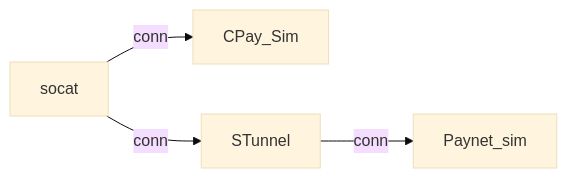
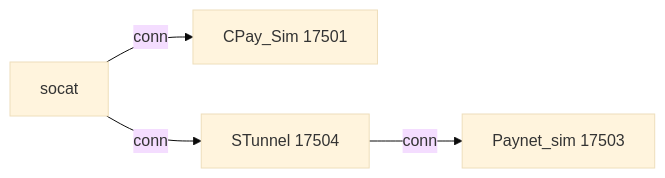
The diagram in readme.md (haimiyahya/cardpay_tls1.2), drawn with Mermaid (base theme) before and after one commit. The commit also changed other lines of this file, not shown here.

Commit message:
add stunnel config and socat command

````diff
--- a/readme.md
+++ b/readme.md
@@ -99,6 +112,6 @@
 ```mermaid
 flowchart LR
-    A[socat] --conn-->B[CPay_Sim]
-    A --conn--> C[STunnel] --conn--> D[Paynet_sim]
+    A[socat] --conn-->B[CPay_Sim 17501]
+    A --conn--> C[STunnel 17504] --conn--> D[Paynet_sim 17503]
     
 ```
````
